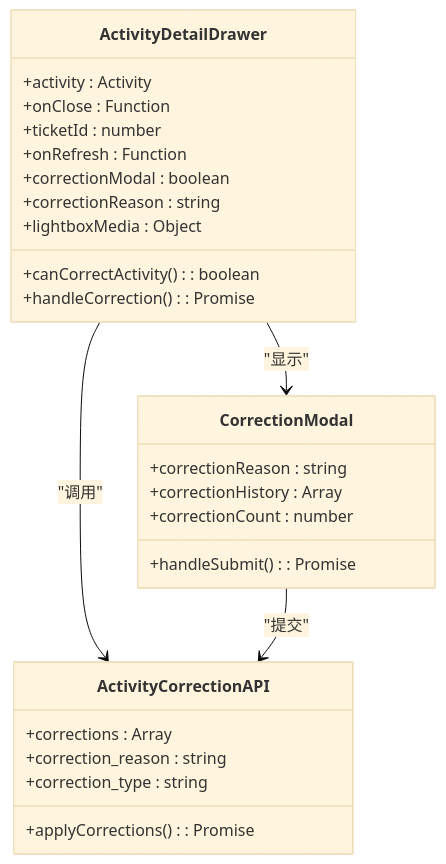
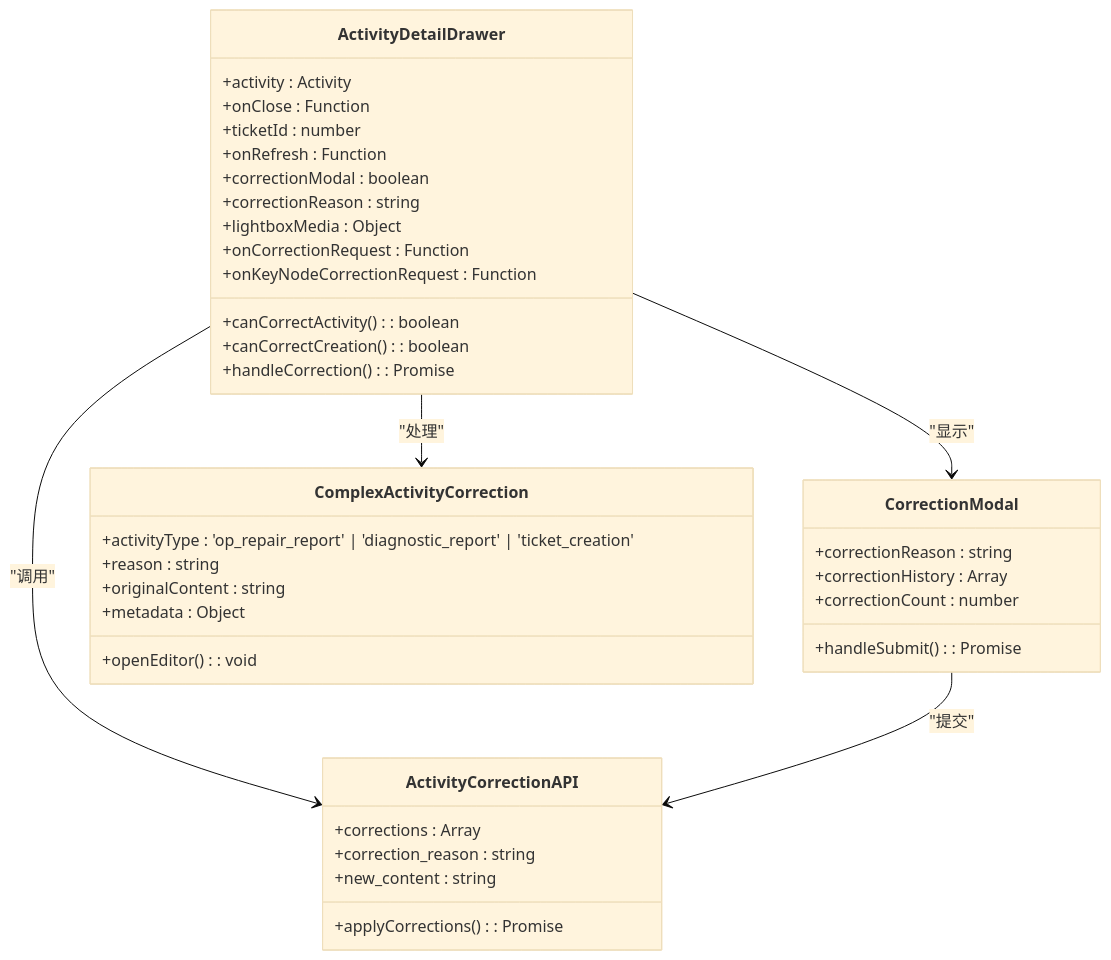
Diagram 18 of 28 in .qoder/repowiki/zh/content/Ticket Detail System/Ticket Detail System.md (CubeEdge/Longhorn), drawn with Mermaid (base theme) before and after one commit. The commit also changed other lines of this file and 53 other files, not shown here.

````diff
--- a/.qoder/repowiki/zh/content/Ticket Detail System/Ticket Detail System.md
+++ b/.qoder/repowiki/zh/content/Ticket Detail System/Ticket Detail System.md
@@ -623,29 +763,40 @@
 ```mermaid
 classDiagram
 class ActivityDetailDrawer {
 +activity : Activity
 +onClose : Function
 +ticketId : number
 +onRefresh : Function
 +correctionModal : boolean
 +correctionReason : string
 +lightboxMedia : Object
 +canCorrectActivity() : boolean
++canCorrectCreation() : boolean
 +handleCorrection() : Promise<void>
++onCorrectionRequest : Function
++onKeyNodeCorrectionRequest : Function
 }
 class CorrectionModal {
 +correctionReason : string
 +correctionHistory : Array
 +correctionCount : number
 +handleSubmit() : Promise<void>
 }
 class ActivityCorrectionAPI {
 +corrections : Array
 +correction_reason : string
-+correction_type : string
++new_content : string
 +applyCorrections() : Promise<void>
+}
+class ComplexActivityCorrection {
++activityType : 'op_repair_report' | 'diagnostic_report' | 'ticket_creation'
++reason : string
++originalContent : string
++metadata : Object
++openEditor() : void
 }
 ActivityDetailDrawer --> CorrectionModal : "显示"
 ActivityDetailDrawer --> ActivityCorrectionAPI : "调用"
+ActivityDetailDrawer --> ComplexActivityCorrection : "处理"
 CorrectionModal --> ActivityCorrectionAPI : "提交"
 ```
````
